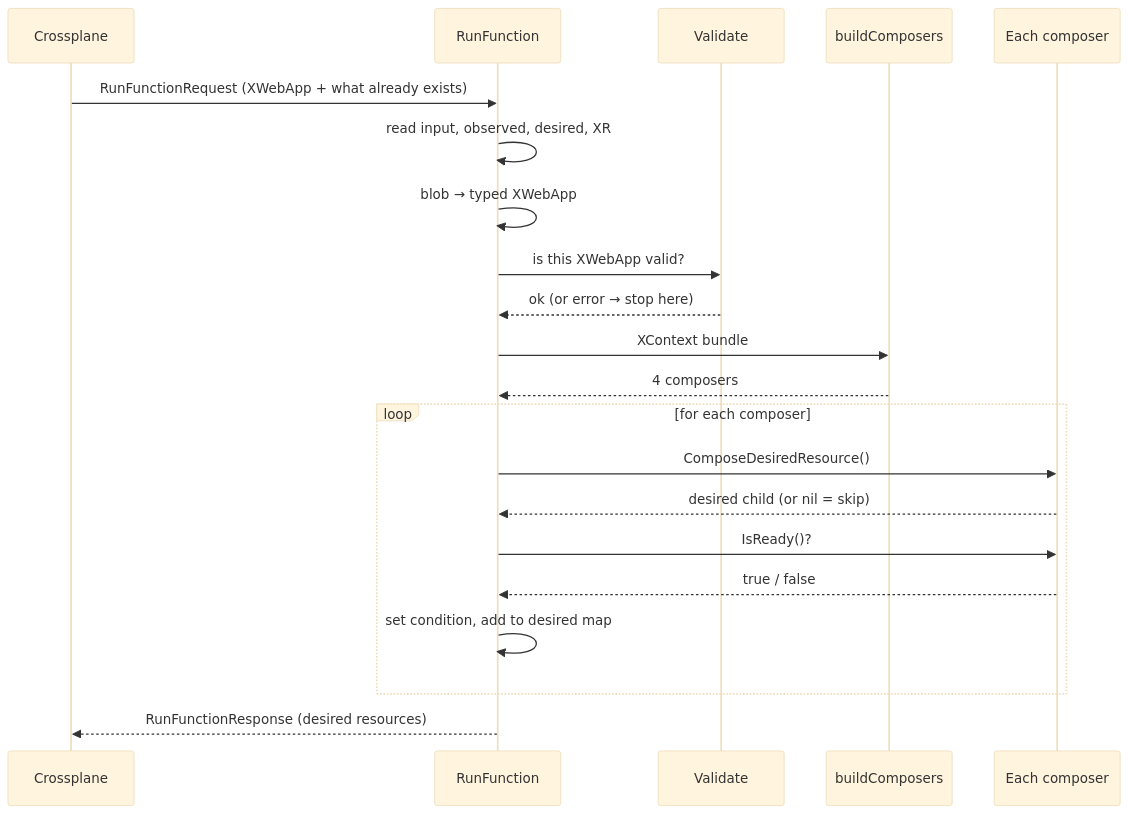
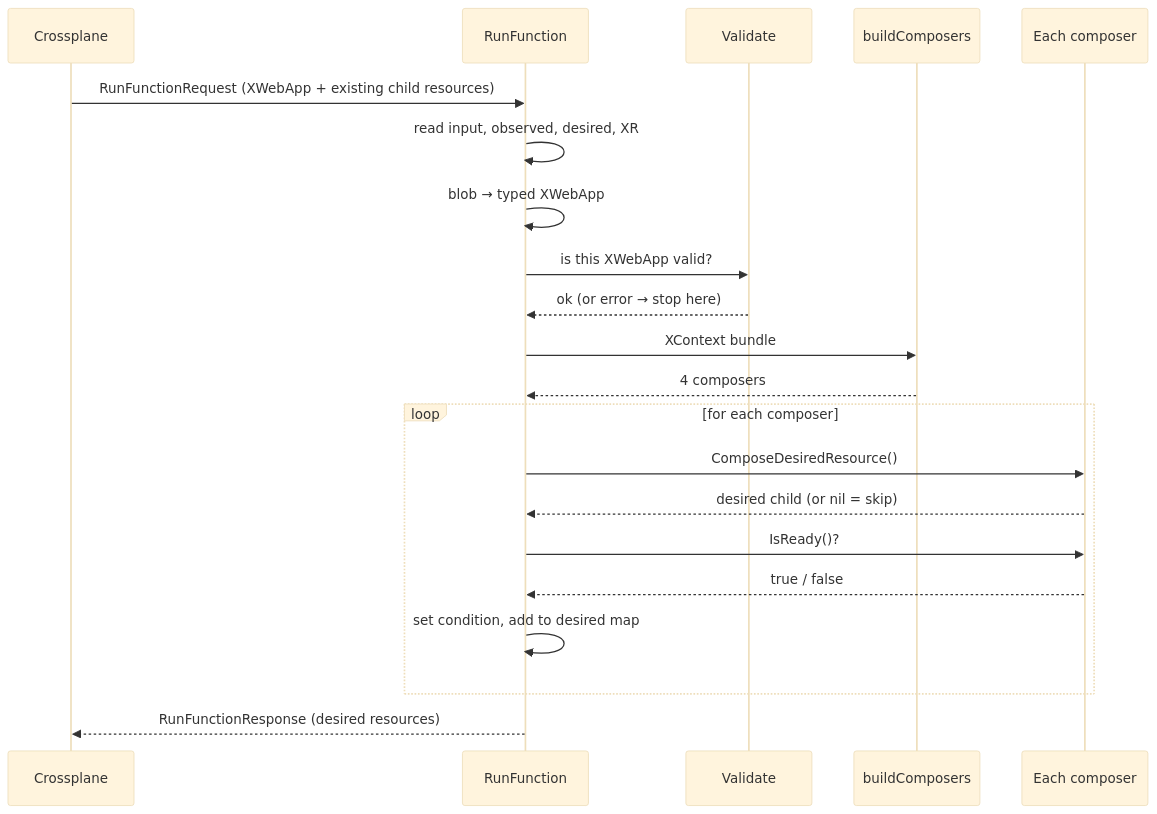
One commit to rezakaramad/crosskit changed the second of 3 diagrams in functions/xwebapp/DESIGN.md. Above: the diagram before and after it, drawn with Mermaid (base theme). The commit also changed other lines of this file, not shown here.

Commit message:
add DESIGN.md for XWebApp

````diff
--- a/functions/xwebapp/DESIGN.md
+++ b/functions/xwebapp/DESIGN.md
@@ -42,24 +42,24 @@
 ```mermaid
 sequenceDiagram
     participant C as Crossplane
     participant R as RunFunction
     participant V as Validate
     participant B as buildComposers
     participant P as Each composer
 
-    C->>R: RunFunctionRequest (XWebApp + what already exists)
+    C->>R: RunFunctionRequest (XWebApp + existing child resources)
     R->>R: read input, observed, desired, XR
     R->>R: blob → typed XWebApp
     R->>V: is this XWebApp valid?
     V-->>R: ok (or error → stop here)
     R->>B: XContext bundle
     B-->>R: 4 composers
     loop for each composer
         R->>P: ComposeDesiredResource()
         P-->>R: desired child (or nil = skip)
         R->>P: IsReady()?
         P-->>R: true / false
         R->>R: set condition, add to desired map
     end
     R-->>C: RunFunctionResponse (desired resources)
 ```
````
